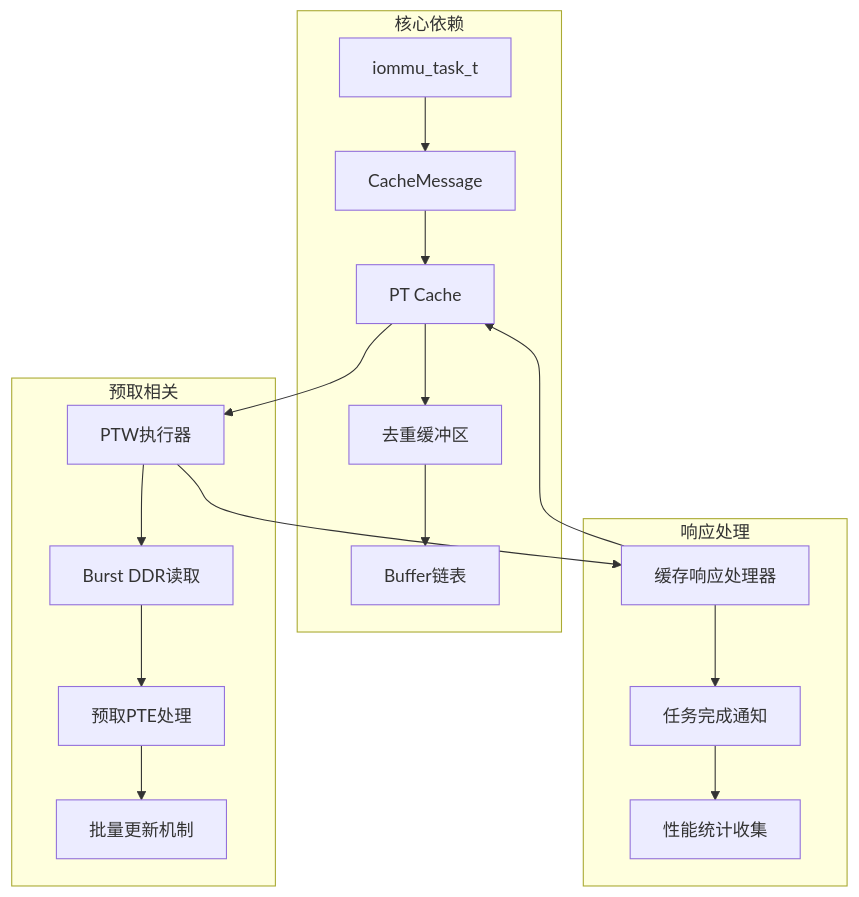
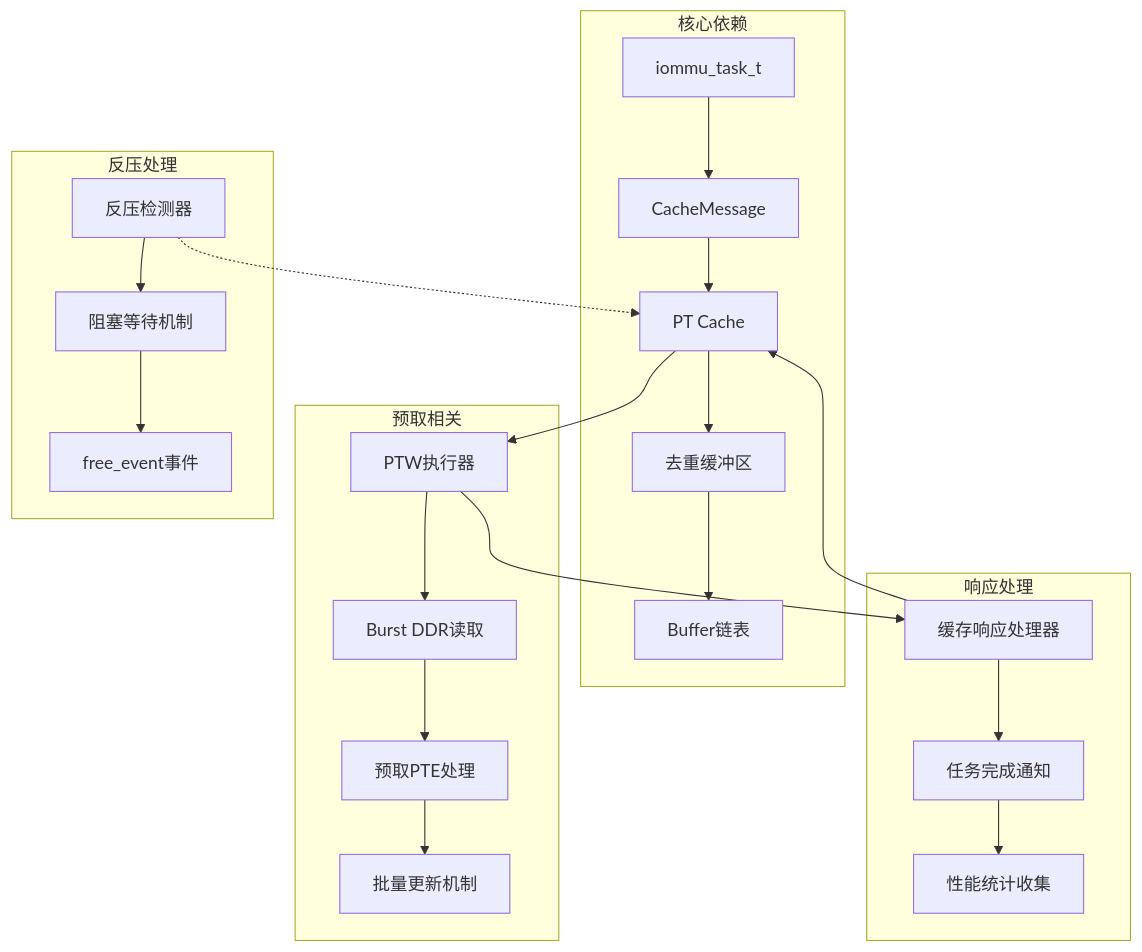
The fifth of 5 diagrams in .qoder/repowiki/zh/content/测试框架/PT Cache预取测试报告.md (jiangjiang1122/iommu_model_20260401_v1), drawn with Mermaid before and after one commit. The commit also changed other lines of this file and 16 other files, not shown here.

````diff
--- a/.qoder/repowiki/zh/content/测试框架/PT Cache预取测试报告.md
+++ b/.qoder/repowiki/zh/content/测试框架/PT Cache预取测试报告.md
@@ -236,21 +272,26 @@
 ```mermaid
 graph TB
 subgraph "核心依赖"
 A[iommu_task_t] --> B[CacheMessage]
 B --> C[PT Cache]
 C --> D[去重缓冲区]
 D --> E[Buffer链表]
 end
 subgraph "预取相关"
 F[PTW执行器] --> G[Burst DDR读取]
 G --> H[预取PTE处理]
 H --> I[批量更新机制]
 end
+subgraph "反压处理"
+J[反压检测器] --> K[阻塞等待机制]
+K --> L[free_event事件]
+end
 subgraph "响应处理"
-J[缓存响应处理器] --> K[任务完成通知]
-K --> L[性能统计收集]
+M[缓存响应处理器] --> N[任务完成通知]
+N --> O[性能统计收集]
 end
 C --> F
-F --> J
-J --> C
+F --> M
+M --> C
+J -.-> C
 ```
````
